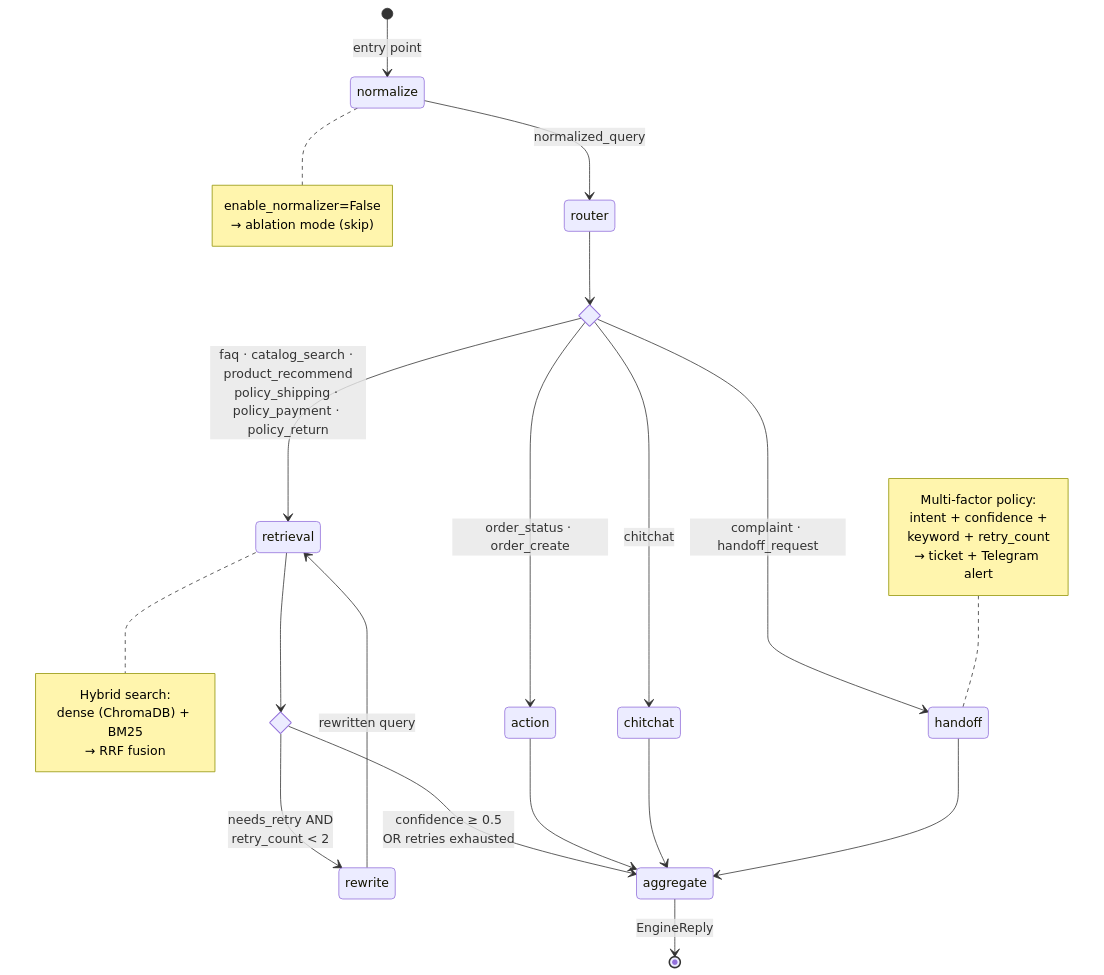
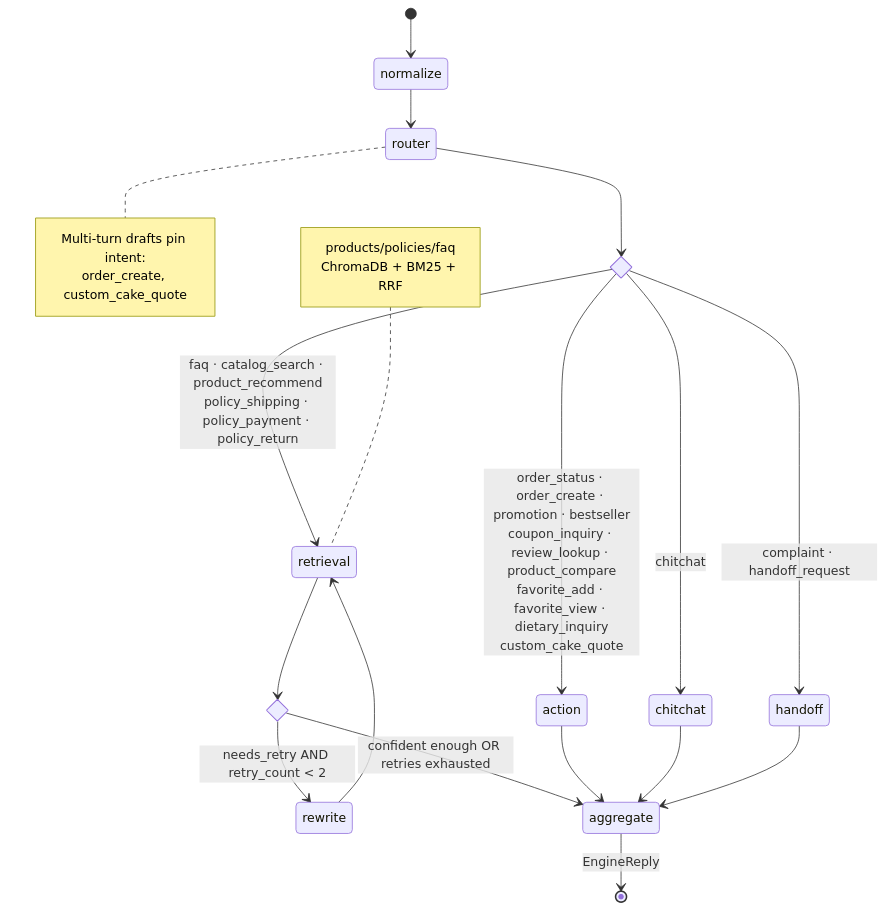
One commit to nhatanhvodev/cakev0 changed the second of 9 diagrams in docs/thesis/architecture-diagrams.md. Above: the diagram before and after it, drawn with Mermaid. The commit also changed other lines of this file and 14 other files, not shown here.

````diff
--- a/docs/thesis/architecture-diagrams.md
+++ b/docs/thesis/architecture-diagrams.md
@@ -66,46 +88,34 @@
 ```mermaid
 stateDiagram-v2
-    [*] --> normalize: entry point
+    [*] --> normalize
+    normalize --> router
 
-    normalize --> router: normalized_query
+    state route <<choice>>
+    router --> route
 
-    state router_decision <<choice>>
-    router --> router_decision
-
-    router_decision --> retrieval: faq · catalog_search · product_recommend<br/>policy_shipping · policy_payment · policy_return
-    router_decision --> action: order_status · order_create
-    router_decision --> chitchat: chitchat
-    router_decision --> handoff: complaint · handoff_request
+    route --> retrieval: faq · catalog_search · product_recommend<br/>policy_shipping · policy_payment · policy_return
+    route --> action: order_status · order_create · promotion · bestseller<br/>coupon_inquiry · review_lookup · product_compare<br/>favorite_add · favorite_view · dietary_inquiry<br/>custom_cake_quote
+    route --> chitchat: chitchat
+    route --> handoff: complaint · handoff_request
 
     state retrieval_check <<choice>>
     retrieval --> retrieval_check
-
-    retrieval_check --> rewrite: needs_retry AND<br/>retry_count < 2
-    retrieval_check --> aggregate: confidence ≥ 0.5<br/>OR retries exhausted
-
-    rewrite --> retrieval: rewritten query
+    retrieval_check --> rewrite: needs_retry AND retry_count < 2
+    retrieval_check --> aggregate: confident enough OR retries exhausted
+    rewrite --> retrieval
 
     action --> aggregate
     chitchat --> aggregate
     handoff --> aggregate
-
     aggregate --> [*]: EngineReply
 
-    note right of normalize
-        enable_normalizer=False
-        → ablation mode (skip)
+    note right of router
+        Multi-turn drafts pin intent:
+        order_create, custom_cake_quote
     end note
 
-    note right of retrieval
-        Hybrid search:
-        dense (ChromaDB) + BM25
-        → RRF fusion
-    end note
-
-    note left of handoff
-        Multi-factor policy:
-        intent + confidence +
-        keyword + retry_count
-        → ticket + Telegram alert
+    note left of retrieval
+        products/policies/faq
+        ChromaDB + BM25 + RRF
     end note
 ```
````
